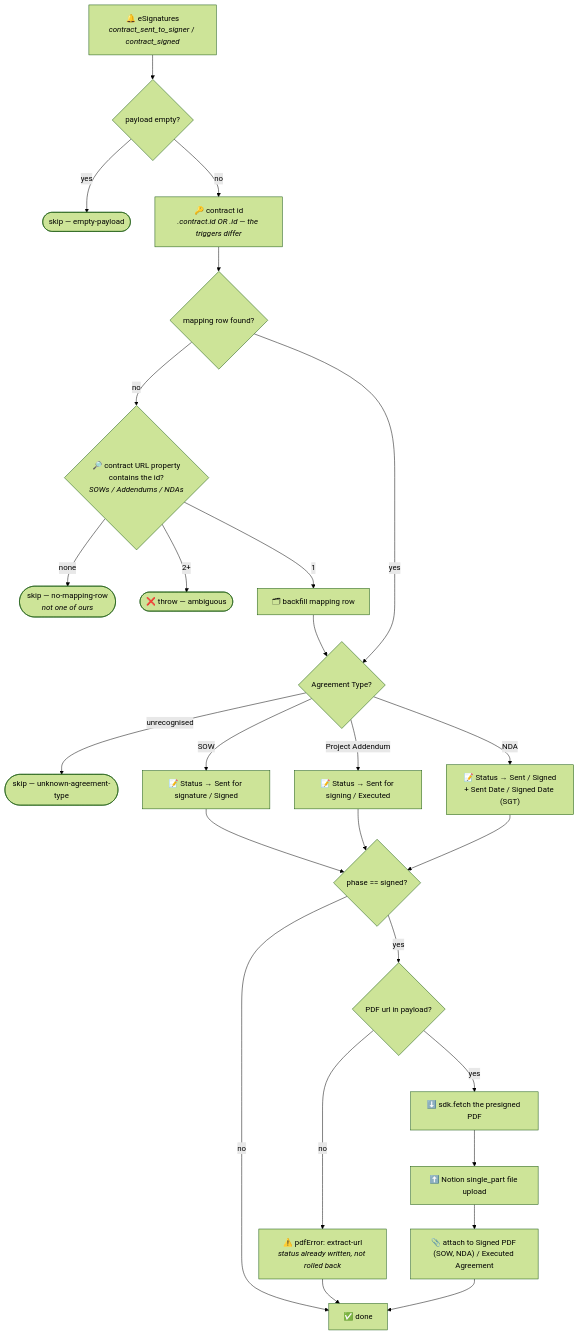
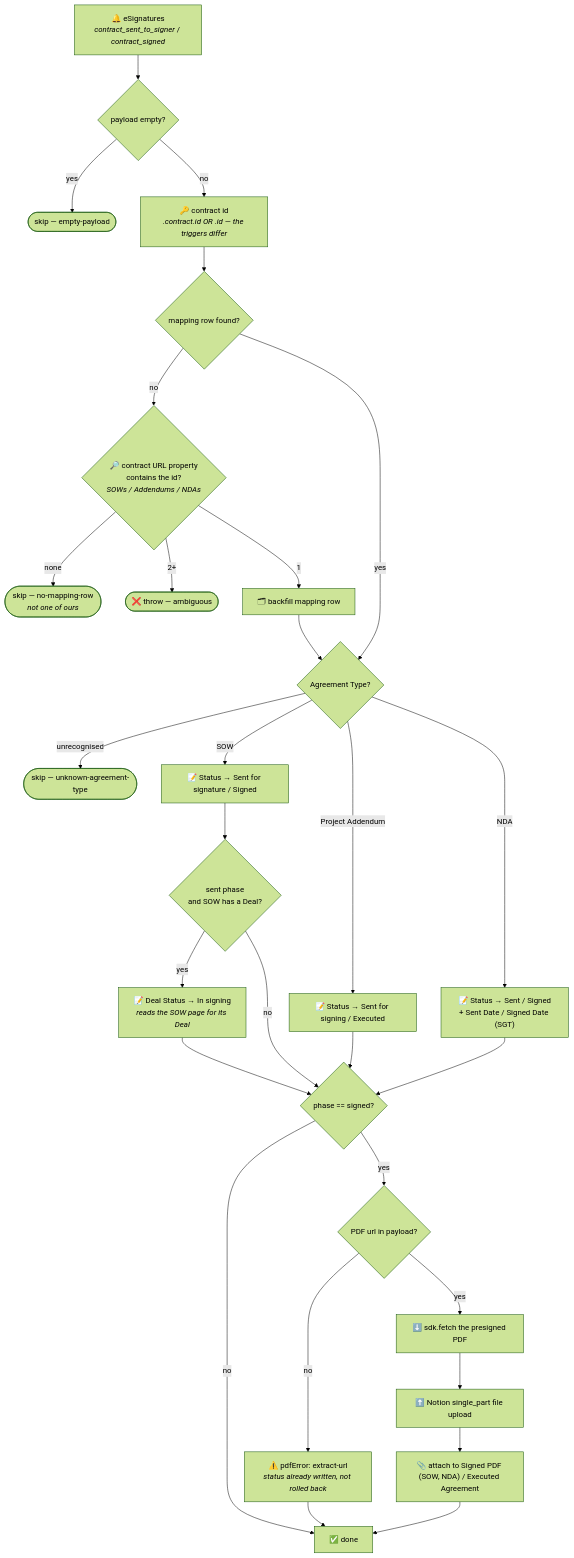
Before and after one commit to work-flowers/zapier-sdk: the diagram in esignatures-status-to-notion/README.md, drawn with Mermaid (forest theme). The commit also changed other lines of this file and 6 other files, not shown here.

First line of the commit message:
eSignatures: drafting sets Ready to send; Deal moves to In signing on the real send

````diff
--- a/esignatures-status-to-notion/README.md
+++ b/esignatures-status-to-notion/README.md
@@ -31,26 +31,28 @@
 ```mermaid
 flowchart TD
   T["🔔 eSignatures<br/><i>contract_sent_to_signer</i> / <i>contract_signed</i>"] --> P{"payload empty?"}
   P -- yes --> SKIP(["skip — empty-payload"])
   P -- no --> ID["🔑 contract id<br/><i>.contract.id OR .id — the triggers differ</i>"]
   ID --> TBL{"mapping row found?"}
   TBL -- no --> URLQ{"🔎 contract URL property<br/>contains the id?<br/><i>SOWs / Addendums / NDAs</i>"}
   URLQ -- "none" --> SKIP2(["skip — no-mapping-row<br/><i>not one of ours</i>"])
   URLQ -- "2+" --> ERR(["❌ throw — ambiguous"])
   URLQ -- "1" --> BF["🗂 backfill mapping row"] --> TY
   TBL -- yes --> TY{"Agreement Type?"}
   TY -- "unrecognised" --> SKIP3(["skip — unknown-agreement-type"])
   TY -- "SOW" --> S1["📝 Status → Sent for signature / Signed"]
   TY -- "Project Addendum" --> S2["📝 Status → Sent for signing / Executed"]
   TY -- "NDA" --> S3["📝 Status → Sent / Signed<br/>+ Sent Date / Signed Date (SGT)"]
-  S1 --> PH{"phase == signed?"}
+  S1 --> SD{"sent phase<br/>and SOW has a Deal?"}
+  SD -- yes --> DEAL["📝 Deal Status → In signing<br/><i>reads the SOW page for its Deal</i>"] --> PH
+  SD -- no --> PH{"phase == signed?"}
   S2 --> PH
   S3 --> PH
   PH -- no --> DONE["✅ done"]
   PH -- yes --> URL{"PDF url in payload?"}
   URL -- no --> NF["⚠️ pdfError: extract-url<br/><i>status already written, not rolled back</i>"] --> DONE
   URL -- yes --> DL["⬇️ sdk.fetch the presigned PDF"]
   DL --> UP["⬆️ Notion single_part file upload"]
   UP --> AT["📎 attach to Signed PDF (SOW, NDA) / Executed Agreement"]
   AT --> DONE
 ```
````
